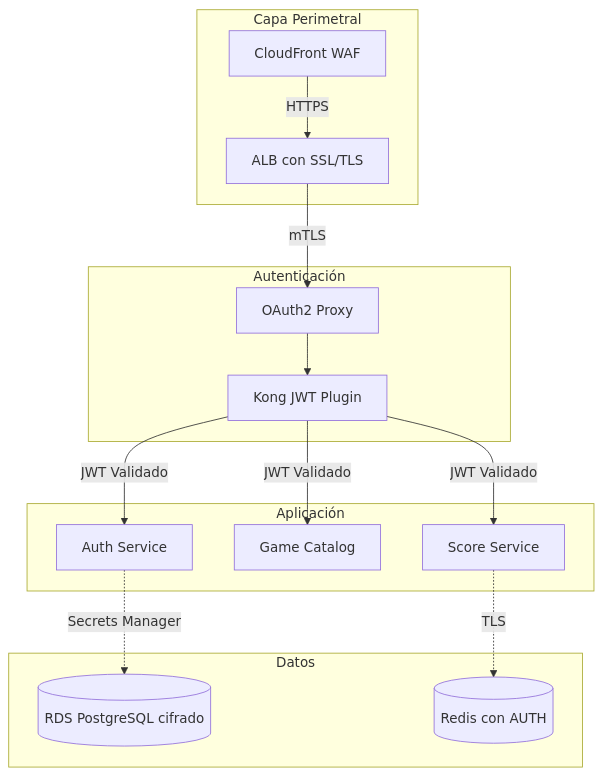
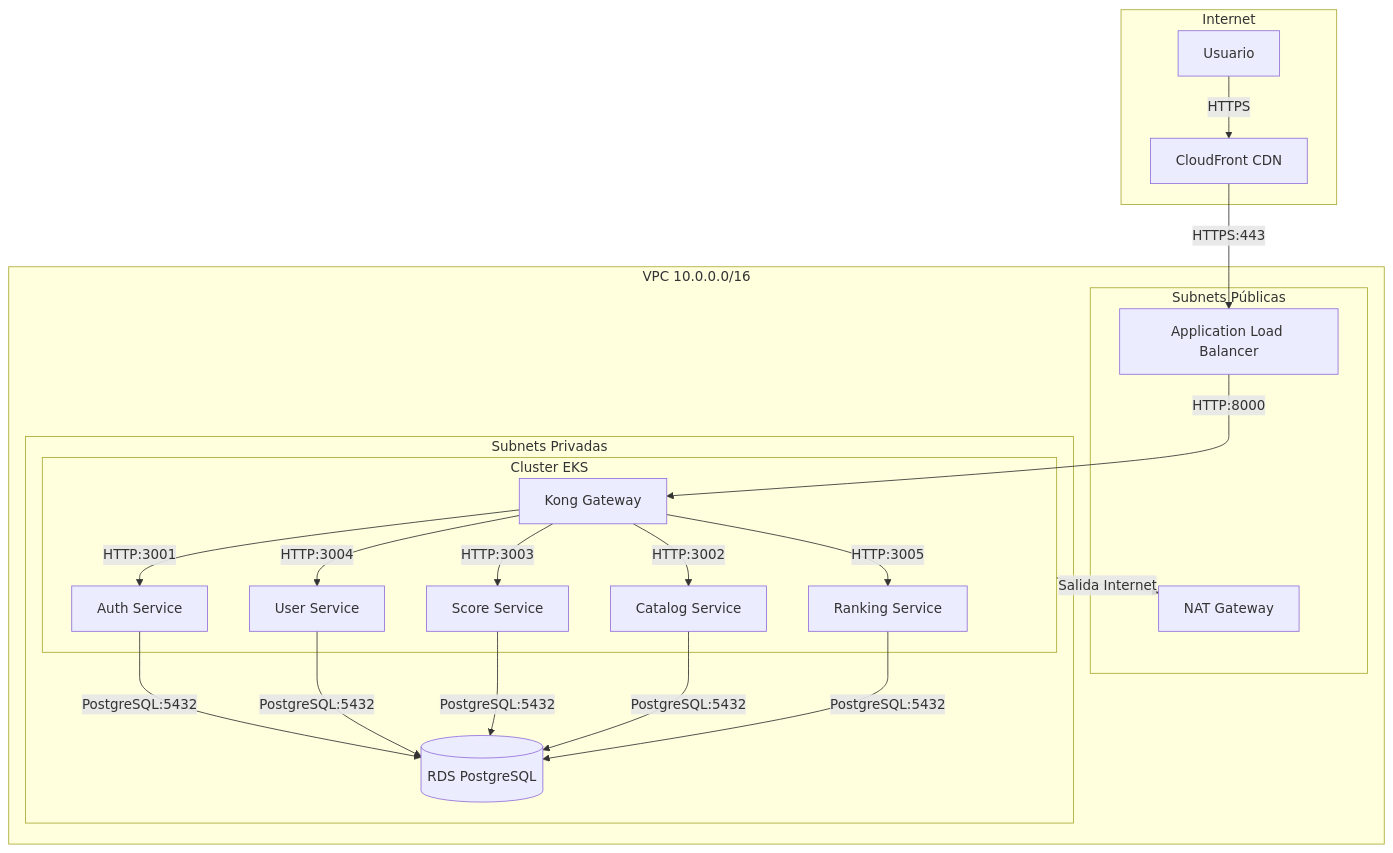
The second of 5 diagrams in IMPROVEMENTS.md (retrogamecloud/docs), drawn with Mermaid before and after one commit. The commit also changed other lines of this file and 3 other files, not shown here.

````diff
--- a/IMPROVEMENTS.md
+++ b/IMPROVEMENTS.md
@@ -26,28 +94,38 @@
 ```mermaid
 graph TB
-    subgraph Capa_Perimetral[Capa Perimetral]
-        CF[CloudFront WAF]
-        ALB[ALB con SSL/TLS]
+    subgraph Internet
+        USER[Usuario]
+        CF[CloudFront CDN]
     end
-    subgraph Capa_Autenticacion[Autenticación]
-        OAuth[OAuth2 Proxy]
-        Kong[Kong JWT Plugin]
+    subgraph VPC[VPC 10.0.0.0/16]
+        subgraph PublicSubnets[Subnets Públicas]
+            ALB[Application Load Balancer]
+            NAT[NAT Gateway]
+        end
+        subgraph PrivateSubnets[Subnets Privadas]
+            subgraph EKS[Cluster EKS]
+                KONG[Kong Gateway]
+                AUTH[Auth Service]
+                CATALOG[Catalog Service]
+                SCORE[Score Service]
+                USER_SVC[User Service]
+                RANK[Ranking Service]
+            end
+            RDS[(RDS PostgreSQL)]
+        end
     end
-    subgraph Capa_Aplicacion[Aplicación]
-        Auth[Auth Service]
-        Game[Game Catalog]
-        Score[Score Service]
-    end
-    subgraph Capa_Datos[Datos]
-        RDS[(RDS PostgreSQL cifrado)]
-        Redis[(Redis con AUTH)]
-    end
-    CF -->|HTTPS| ALB
-    ALB -->|mTLS| OAuth
-    OAuth --> Kong
-    Kong -->|JWT Validado| Auth
-    Kong -->|JWT Validado| Game
-    Kong -->|JWT Validado| Score
-    Auth -.->|Secrets Manager| RDS
-    Score -.->|TLS| Redis
+    USER -->|HTTPS| CF
+    CF -->|HTTPS:443| ALB
+    ALB -->|HTTP:8000| KONG
+    KONG -->|HTTP:3001| AUTH
+    KONG -->|HTTP:3002| CATALOG
+    KONG -->|HTTP:3003| SCORE
+    KONG -->|HTTP:3004| USER_SVC
+    KONG -->|HTTP:3005| RANK
+    AUTH -->|PostgreSQL:5432| RDS
+    USER_SVC -->|PostgreSQL:5432| RDS
+    SCORE -->|PostgreSQL:5432| RDS
+    CATALOG -->|PostgreSQL:5432| RDS
+    RANK -->|PostgreSQL:5432| RDS
+    EKS -.->|Salida Internet| NAT
 ```
````
